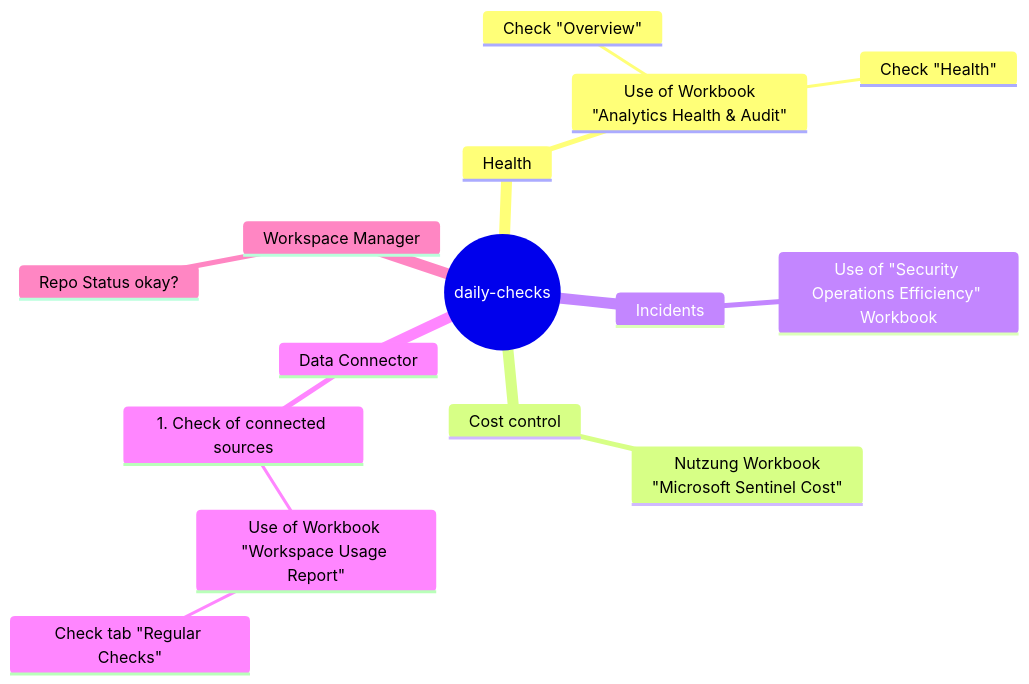
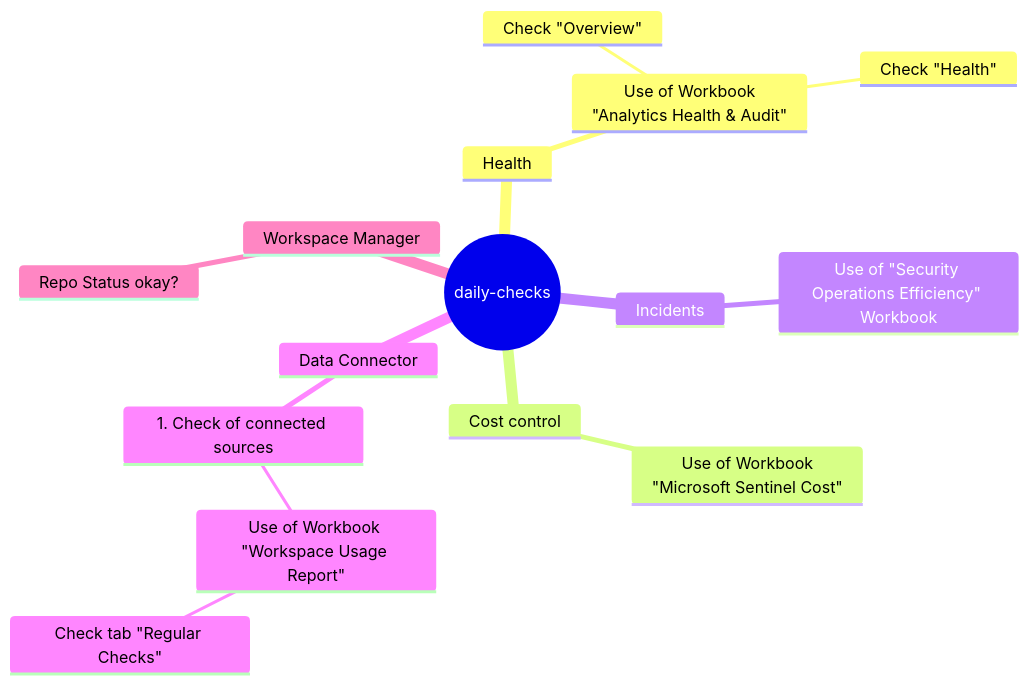
Before and after one commit to ShviamM/PNG-: the diagram in soc1-l1-daily.md, drawn with Mermaid.

````diff
--- a/soc1-l1-daily.md
+++ b/soc1-l1-daily.md
@@ -10,18 +10,18 @@
 ```mermaid
 mindmap
   root((daily-checks))
     Health
       Use of Workbook<br />"Analytics Health & Audit"
         Check "Overview"
         Check "Health"
     Cost control
-      Nutzung Workbook <br />"Microsoft Sentinel Cost"
+      Use of Workbook <br />"Microsoft Sentinel Cost"
     Incidents
       Use of "Security Operations Efficiency" <br />Workbook
     Data Connector
       1. Check of connected sources
           Use of Workbook "Workspace Usage Report"
             Check tab "Regular Checks"
     Workspace Manager
       Repo Status okay?
 ```
````
